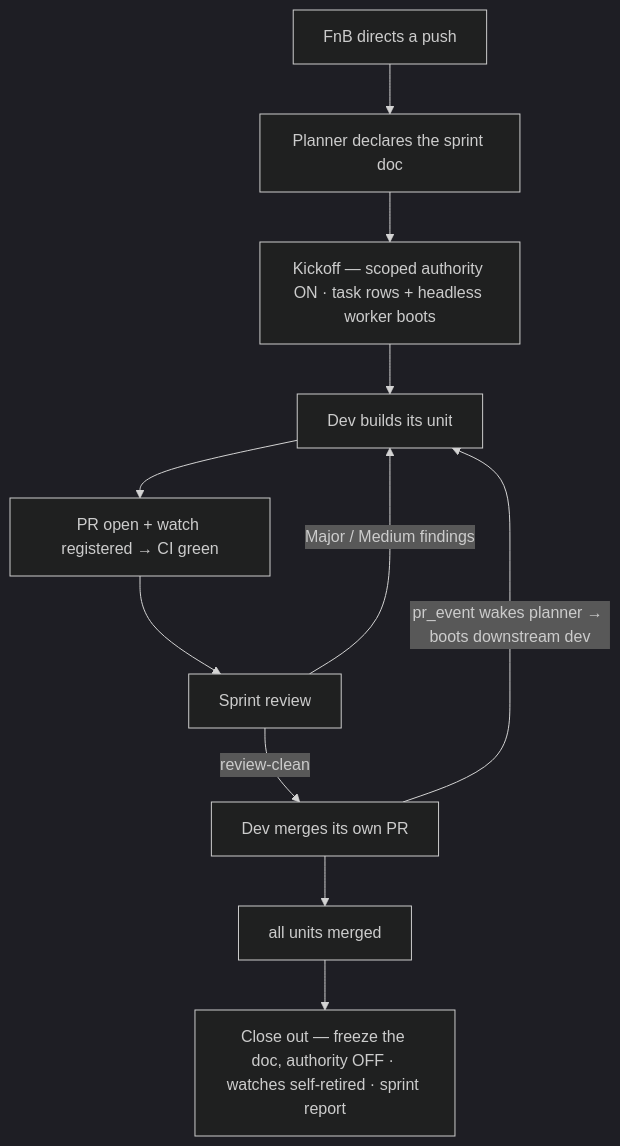
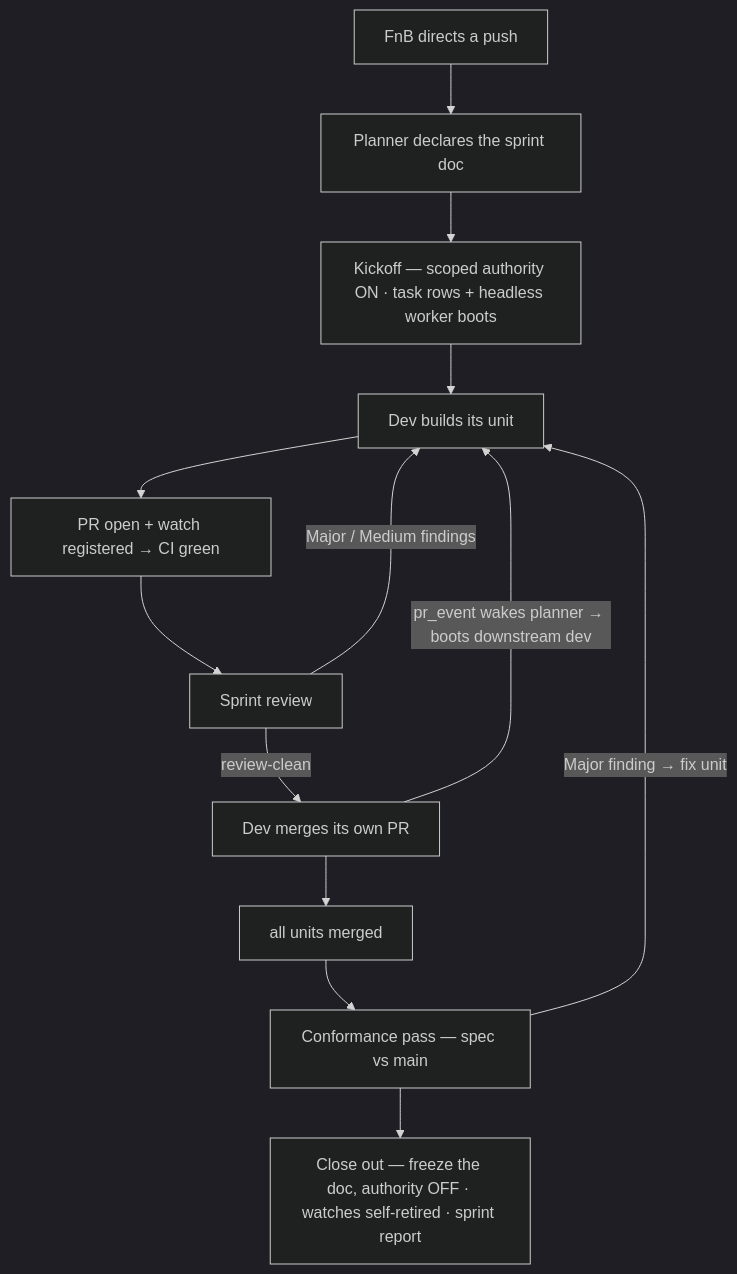
The third of 4 diagrams in README.md (jedbjorn/subfloor), drawn with Mermaid (dark theme) before and after one commit. The commit also changed other lines of this file and 7 other files, not shown here.

Commit message:
feat(sprints): sprint reporting — unit reports, conformance slot, report skeleton (#345 spec, feature #15)

````diff
--- a/README.md
+++ b/README.md
@@ -483,13 +483,15 @@
 ```mermaid
 graph TD
   F[FnB directs a push]:::class4 --> D[Planner declares the sprint doc]:::class1
   D --> K[Kickoff — scoped authority ON · task rows + headless worker boots]:::class1
   K --> B[Dev builds its unit]:::class2
   B --> P[PR open + watch registered → CI green]:::class2
   P --> R[Sprint review]:::class3
   R -->|Major / Medium findings| B
   R -->|review-clean| M[Dev merges its own PR]:::class2
   M -->|pr_event wakes planner → boots downstream dev| B
   M --> C[all units merged]:::class1
-  C --> X[Close out — freeze the doc, authority OFF · watches self-retired · sprint report]:::class1
+  C --> Q[Conformance pass — spec vs main]:::class3
+  Q -->|Major finding → fix unit| B
+  Q --> X[Close out — freeze the doc, authority OFF · watches self-retired · sprint report]:::class1
 ```
````
